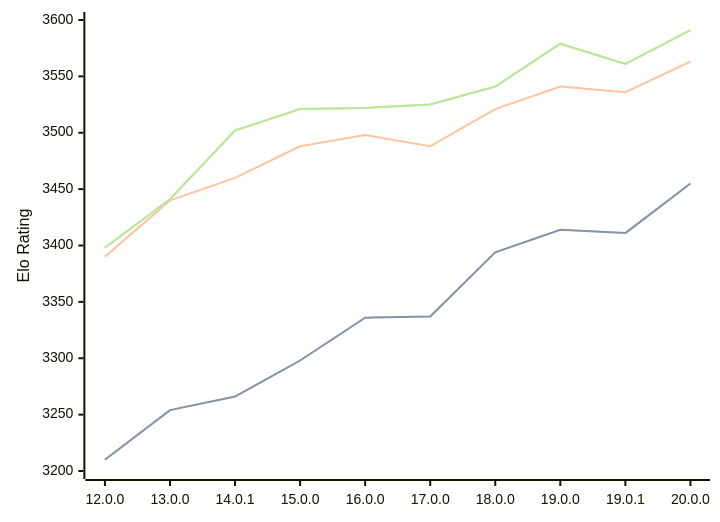
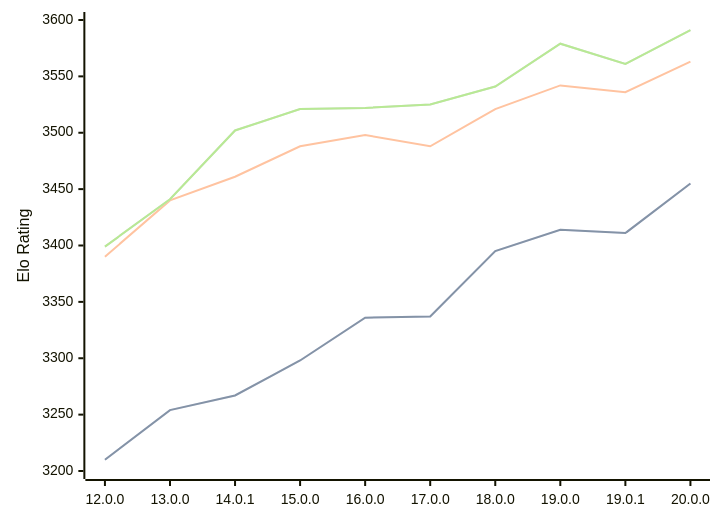
One commit to computer-chess-index/cci changed the diagram in engines/Viridithas.md. Above: the diagram before and after it, drawn with Mermaid. The commit also changed other lines of this file, not shown here.

Commit message:
Update CCI Ratings (ELO VLTC) - 2026-09-18

````diff
--- a/engines/Viridithas.md
+++ b/engines/Viridithas.md
@@ -40,11 +40,11 @@
 ```mermaid
 %%{init: {"theme":"base","themeVariables":{"seriesColors:['#a3a3a3','#222221','#faa371']}}}%%
 xychart-beta
   x-axis ["12.0.0", "13.0.0", "14.0.1", "15.0.0", "16.0.0", "17.0.0", "18.0.0", "19.0.0", "19.0.1", "20.0.0"]
   y-axis "Elo Rating" 3200 --> 3600
-  line "" [3210, 3254, 3266, 3298, 3336, 3337, 3394, 3414, 3411, 3455]
-  line "STC (8.0+0.08s)" [3210, 3254, 3266, 3298, 3336, 3337, 3394, 3414, 3411, 3455]
-  line "LTC (60.0+0.60s)" [3390, 3440, 3460, 3488, 3498, 3488, 3521, 3541, 3536, 3563]
-  line "" [3398, 3441, 3502, 3521, 3522, 3525, 3541, 3579, 3561, 3591]
-  line "VLTC (2m24s+1.12s)" [3398, 3441, 3502, 3521, 3522, 3525, 3541, 3579, 3561, 3591]
+  line "" [3210, 3254, 3267, 3298, 3336, 3337, 3395, 3414, 3411, 3455]
+  line "STC (8.0+0.08s)" [3210, 3254, 3267, 3298, 3336, 3337, 3395, 3414, 3411, 3455]
+  line "LTC (60.0+0.60s)" [3390, 3440, 3461, 3488, 3498, 3488, 3521, 3542, 3536, 3563]
+  line "" [3399, 3441, 3502, 3521, 3522, 3525, 3541, 3579, 3561, 3591]
+  line "VLTC (2m24s+1.12s)" [3399, 3441, 3502, 3521, 3522, 3525, 3541, 3579, 3561, 3591]
 ```
````
